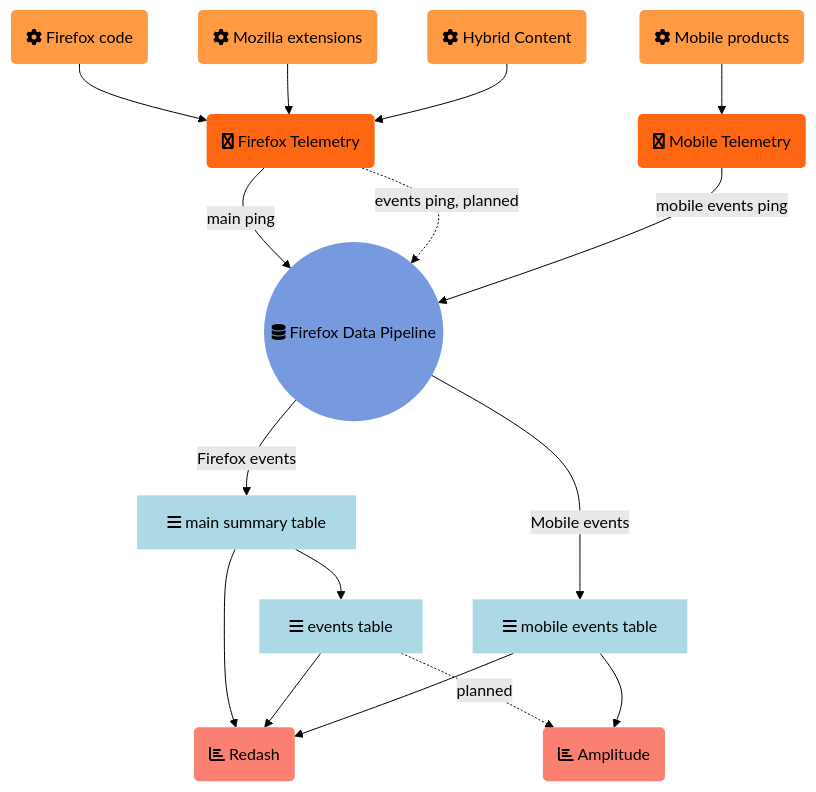
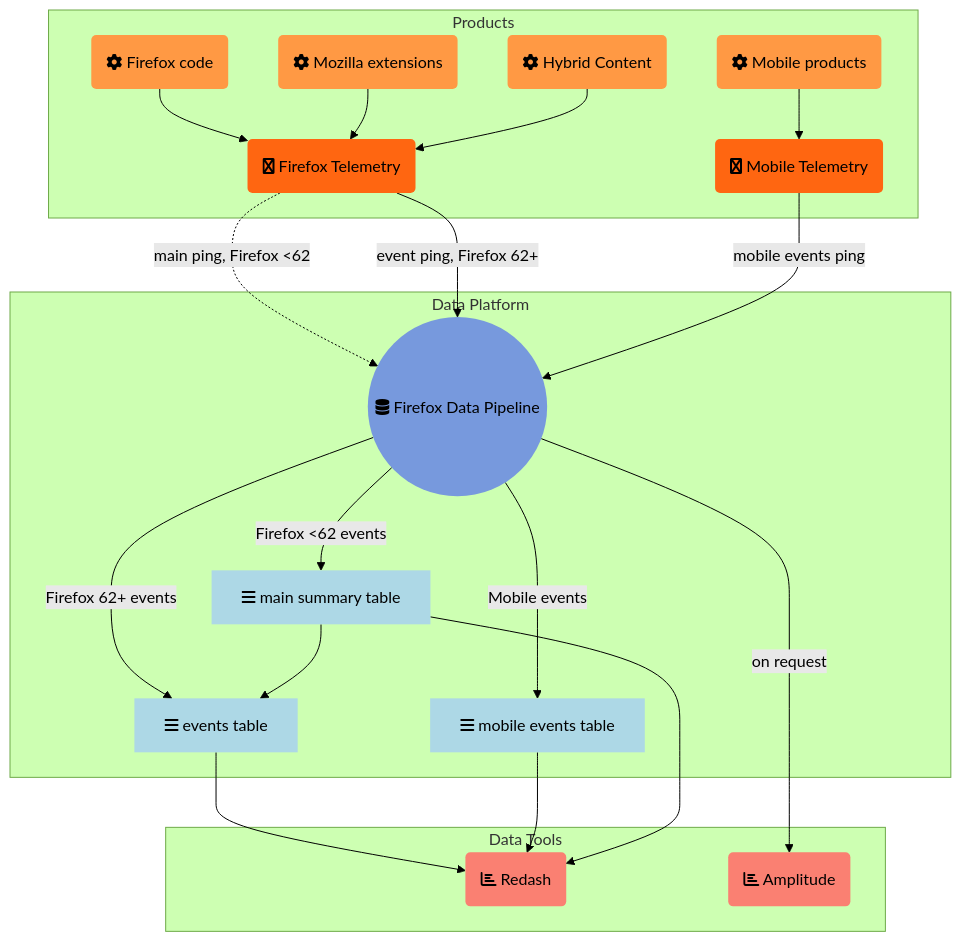
One commit to mozilla/data-docs changed the diagram in src/concepts/pipeline/event_pipeline.md. Above: the diagram before and after it, drawn with Mermaid (forest theme). The commit also changed other lines of this file and 1 other file, not shown here.

Commit message:
Update event pipeline documentation (#225)
* Update event pipeline documentation

* Changed events pipelining to Amplitude

* Organized graph into subgraphs

Layout was getting odd with changing the connection.
I changed it into subgraphs to keep clarity.

* Add spelling exceptions for WebExtension & WebExtensions

* Change extension naming

````diff
--- a/src/concepts/pipeline/event_pipeline.md
+++ b/src/concepts/pipeline/event_pipeline.md
@@ -6,31 +6,40 @@
 ```mermaid
 graph TD
+
+subgraph Products
 fx_code(fa:fa-cog Firefox code) --> firefox(fa:fa-firefox Firefox Telemetry)
 fx_extensions(fa:fa-cog Mozilla extensions) --> firefox
 fx_hybrid(fa:fa-cog Hybrid Content) --> firefox
 mobile(fa:fa-cog Mobile products) --> mobile_telemetry(fa:fa-firefox Mobile Telemetry)
-firefox -->|main ping| pipeline((fa:fa-database Firefox Data Pipeline))
-firefox -.->|events ping, planned| pipeline
+end
+
+subgraph Data Platform
+firefox -.->|main ping, Firefox <62| pipeline((fa:fa-database Firefox Data Pipeline))
+firefox -->|event ping, Firefox 62+| pipeline
 mobile_telemetry --> |mobile events ping| pipeline
-pipeline -->|Firefox events| main_summary[fa:fa-bars main summary table]
-main_summary --> events_table[fa:fa-bars events table]
+pipeline -->|Firefox <62 events| main_summary[fa:fa-bars main summary table]
+pipeline -->|Firefox 62+ events| events_table[fa:fa-bars events table]
+main_summary --> events_table
 pipeline -->|Mobile events| mobile_events_table[fa:fa-bars mobile events table]
+end
+
+subgraph Data Tools
+events_table --> redash
+mobile_events_table --> redash
 main_summary --> redash(fa:fa-bar-chart Redash)
-events_table --> redash
-events_table -.->|planned| amplitude(fa:fa-bar-chart Amplitude)
-mobile_events_table --> redash
-mobile_events_table --> amplitude
+pipeline -->|on request| amplitude(fa:fa-bar-chart Amplitude)
+end
 
 style fx_code fill:#f94,stroke-width:0px
 style fx_extensions fill:#f94,stroke-width:0px
 style fx_hybrid fill:#f94,stroke-width:0px
 style mobile fill:#f94,stroke-width:0px
 style firefox fill:#f61,stroke-width:0px
 style mobile_telemetry fill:#f61,stroke-width:0px
 style pipeline fill:#79d,stroke-width:0px
 style main_summary fill:lightblue,stroke-width:0px
 style events_table fill:lightblue,stroke-width:0px
 style mobile_events_table fill:lightblue,stroke-width:0px
 style redash fill:salmon,stroke-width:0px
 style amplitude fill:salmon,stroke-width:0px
 ```
````
